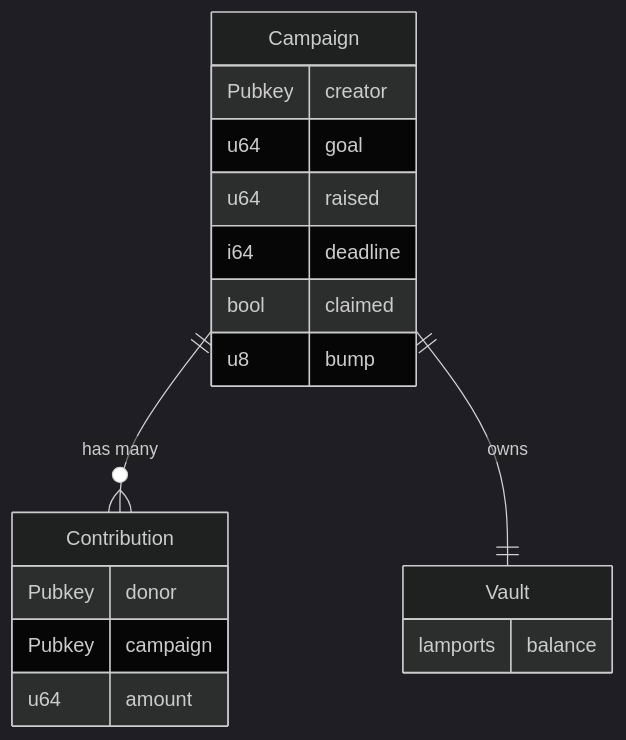
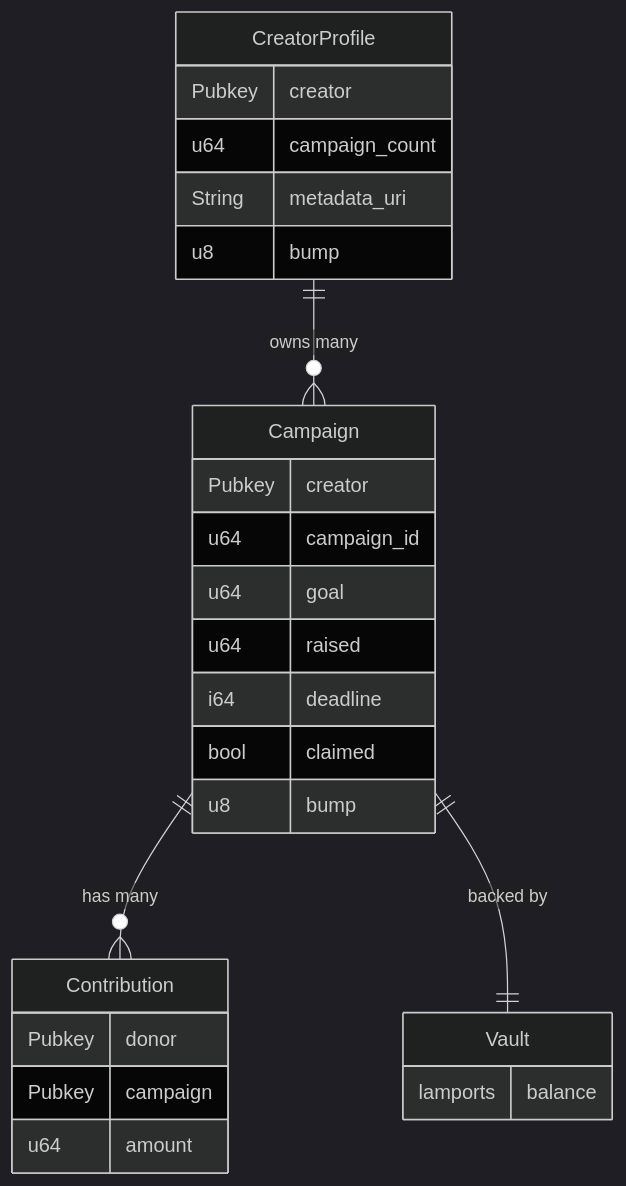
One commit to indralukmana/solana-anchor-crowdfunding changed the third of 3 diagrams in README.md. Above: the diagram before and after it, drawn with Mermaid (dark theme). The commit also changed other lines of this file, not shown here.

Commit message:
docs: update README with detailed campaign lifecycle and contribution instructions

````diff
--- a/README.md
+++ b/README.md
@@ -50,21 +54,29 @@
 ```mermaid
 erDiagram
+    CreatorProfile {
+        Pubkey creator
+        u64 campaign_count
+        String metadata_uri
+        u8 bump
+    }
     Campaign {
         Pubkey creator
+        u64 campaign_id
         u64 goal
         u64 raised
         i64 deadline
         bool claimed
         u8 bump
     }
     Contribution {
         Pubkey donor
         Pubkey campaign
         u64 amount
     }
     Vault {
         lamports balance
     }
+    CreatorProfile ||--o{ Campaign : "owns many"
     Campaign ||--o{ Contribution : "has many"
-    Campaign ||--|| Vault : "owns"
+    Campaign ||--|| Vault : "backed by"
 ```
````
